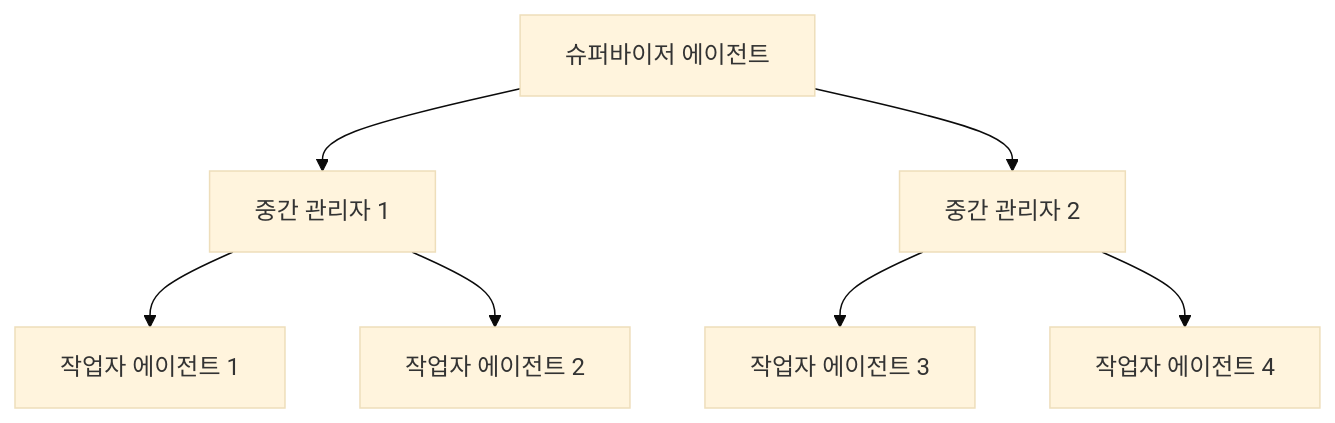
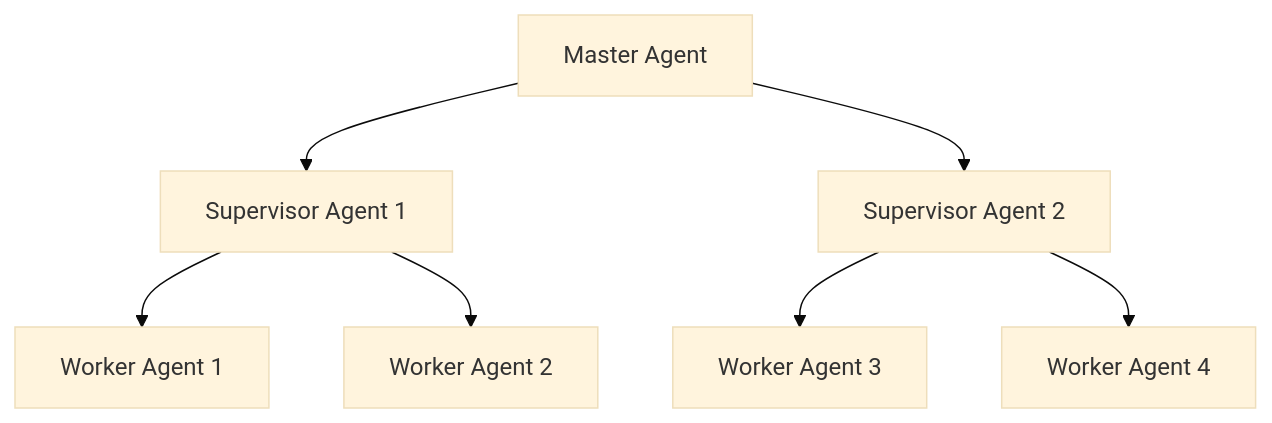
The first of 5 diagrams in content/AI/멀티에이전트 아키텍처와 대규모 구현 전략.md (syshin0116/syshin0116.github.io), drawn with Mermaid (base theme) before and after one commit. The commit also changed other lines of this file, not shown here.

Commit message:
feat: multi-agent

````diff
--- a/content/AI/멀티에이전트 아키텍처와 대규모 구현 전략.md
+++ b/content/AI/멀티에이전트 아키텍처와 대규모 구현 전략.md
@@ -39,9 +54,9 @@
 ```mermaid
 graph TD
-    S[슈퍼바이저 에이전트] --> M1[중간 관리자 1]
-    S --> M2[중간 관리자 2]
-    M1 --> W1[작업자 에이전트 1]
-    M1 --> W2[작업자 에이전트 2]
-    M2 --> W3[작업자 에이전트 3]
-    M2 --> W4[작업자 에이전트 4]
+    A[Master Agent] --> B[Supervisor Agent 1]
+    A --> C[Supervisor Agent 2]
+    B --> D[Worker Agent 1]
+    B --> E[Worker Agent 2]
+    C --> F[Worker Agent 3]
+    C --> G[Worker Agent 4]
 ```
````
